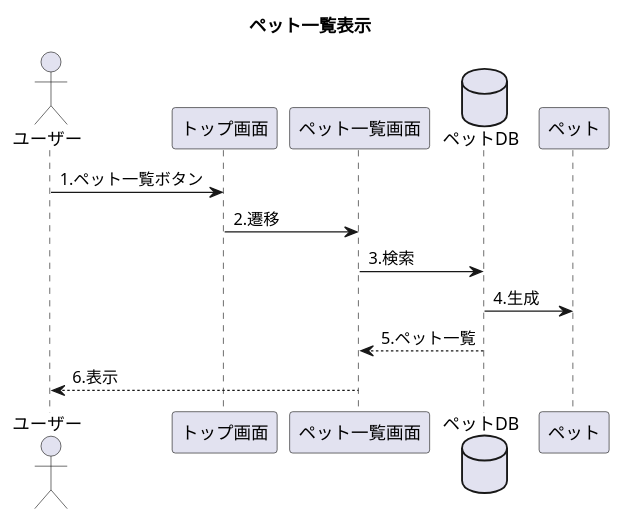
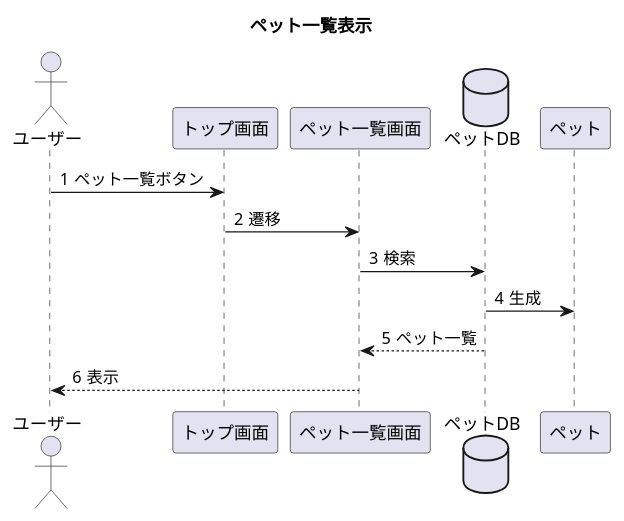
The diagram in UML/seq_petList.pu (Tyamanaka07/WebSystem), drawn with PlantUML before and after one commit. The commit also changed 5 other files, not shown here.

```diff
--- a/UML/seq_petList.pu
+++ b/UML/seq_petList.pu
@@ -1,15 +1,16 @@
 @startuml
 title ペット一覧表示
 actor ユーザー
 participant トップ画面
 participant ペット一覧画面
 database ペットDB
+autonumber "#"
 
-ユーザー->トップ画面:1.ペット一覧ボタン
-トップ画面->ペット一覧画面:2.遷移
-ペット一覧画面->ペットDB:3.検索
-ペットDB->ペット:4.生成
-ペットDB-->ペット一覧画面:5.ペット一覧
-ペット一覧画面-->ユーザー:6.表示
+ユーザー->トップ画面:ペット一覧ボタン
+トップ画面->ペット一覧画面:遷移
+ペット一覧画面->ペットDB:検索
+ペットDB->ペット:生成
+ペットDB-->ペット一覧画面:ペット一覧
+ペット一覧画面-->ユーザー:表示
 
 @enduml
```
